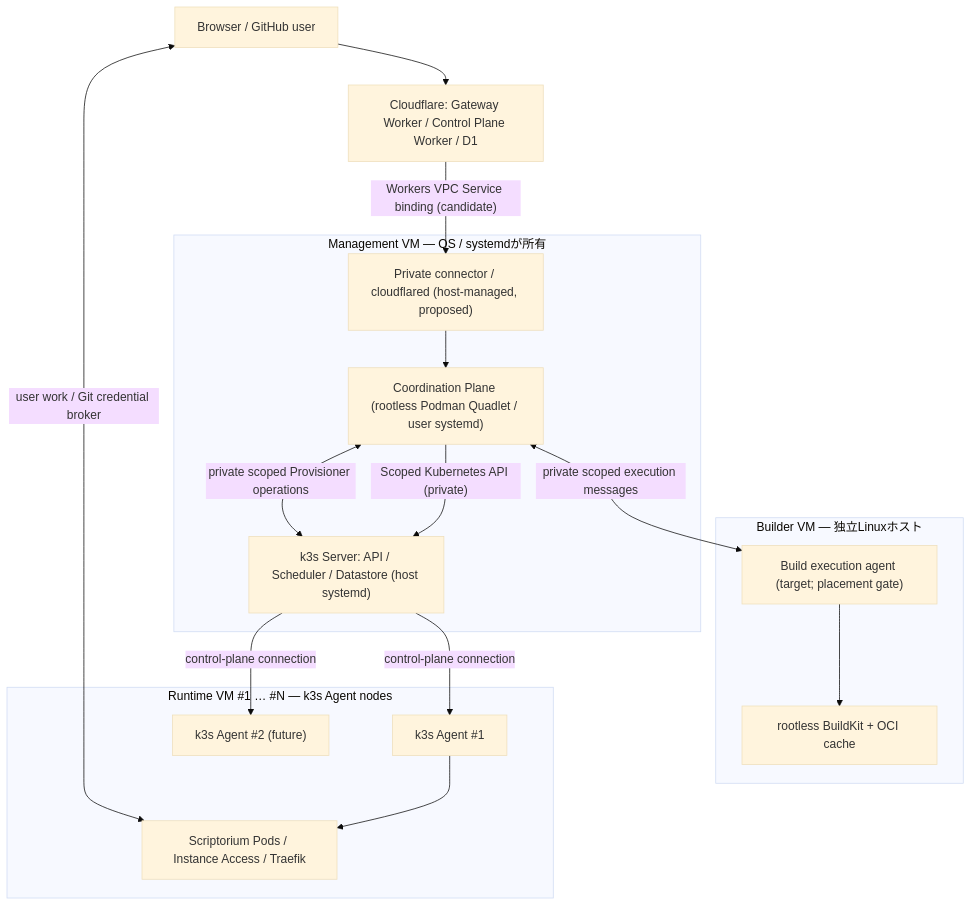
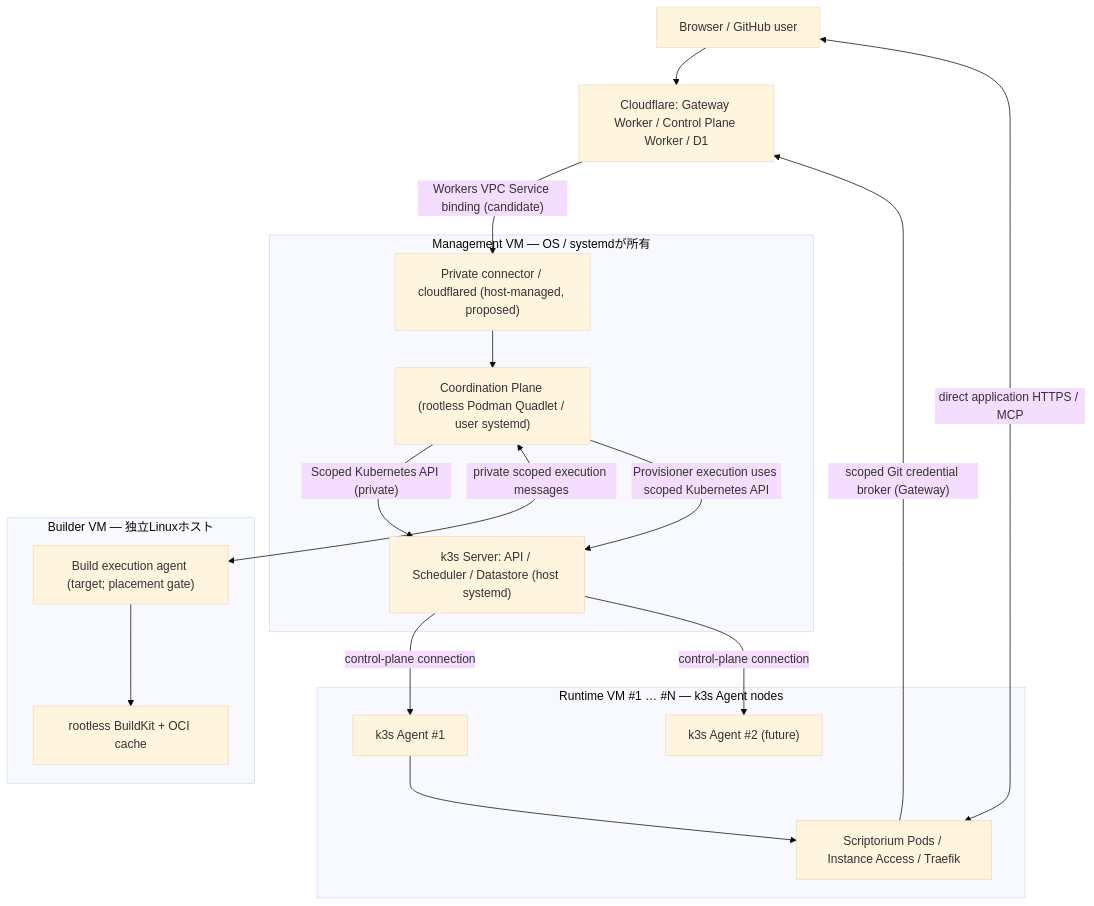
One commit to yohn-jp/praetorium changed the first of 2 diagrams in docs/architecture/MANAGEMENT-PLANE.md. Above: the diagram before and after it, drawn with Mermaid (base theme).

Commit message:
docs: clarify direct runtime traffic versus Gateway credential broker

```diff
--- a/docs/architecture/MANAGEMENT-PLANE.md
+++ b/docs/architecture/MANAGEMENT-PLANE.md
@@ -33,34 +33,35 @@
 ~~~mermaid
 flowchart TB
     User["Browser / GitHub user"]
     Cloud["Cloudflare: Gateway Worker / Control Plane Worker / D1"]
     User --> Cloud
 
     subgraph Management["Management VM — OS / systemdが所有"]
         K3S["k3s Server: API / Scheduler / Datastore (host systemd)"]
         Coord["Coordination Plane (rootless Podman Quadlet / user systemd)"]
         Tunnel["Private connector / cloudflared (host-managed, proposed)"]
         Coord -->|"Scoped Kubernetes API (private)"| K3S
         Tunnel --> Coord
     end
 
     Cloud -->|"Workers VPC Service binding (candidate)"| Tunnel
 
     subgraph Builder["Builder VM — 独立Linuxホスト"]
         BuildKit["rootless BuildKit + OCI cache"]
         BA["Build execution agent (target; placement gate)"] --> BuildKit
     end
 
     subgraph Runtime["Runtime VM #1 … #N — k3s Agent nodes"]
         Agent1["k3s Agent #1"]
         Agent2["k3s Agent #2 (future)"]
         App["Scriptorium Pods / Instance Access / Traefik"]
         Agent1 --> App
     end
 
     K3S -->|"control-plane connection"| Agent1
     K3S -->|"control-plane connection"| Agent2
     Coord <-->|"private scoped execution messages"| BA
-    Coord <-->|"private scoped Provisioner operations"| K3S
-    App <-->|"user work / Git credential broker"| User
+    Coord -->|"Provisioner execution uses scoped Kubernetes API"| K3S
+    User <-->|"direct application HTTPS / MCP"| App
+    App -->|"scoped Git credential broker (Gateway)"| Cloud
 ~~~
```
